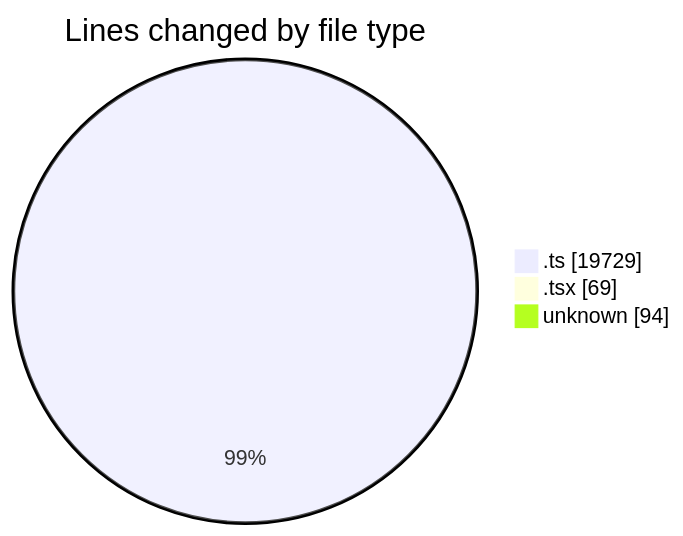
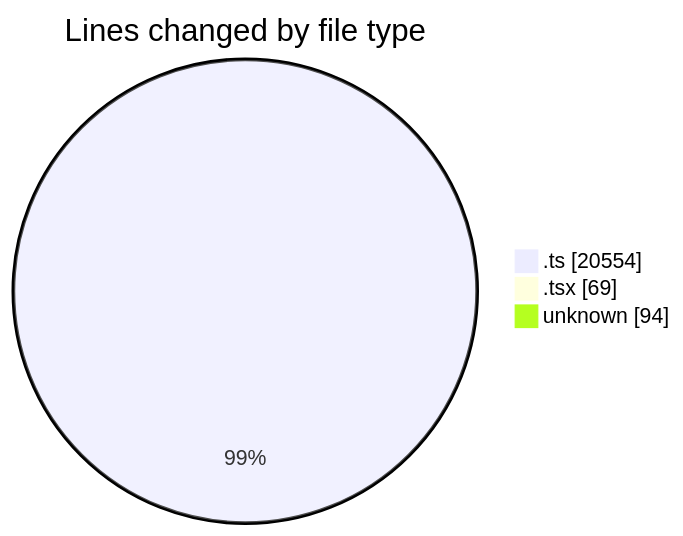
One commit to momahboobian/code-tracking changed the first of 2 diagrams in 2025-09-11/cda/README.md. Above: the diagram before and after it, drawn with Mermaid. The commit also changed other lines of this file and 1 other file, not shown here.

````diff
--- a/2025-09-11/cda/README.md
+++ b/2025-09-11/cda/README.md
@@ -30,7 +30,7 @@
 ```mermaid
 pie showData
 title Lines changed by file type
-".ts" : 19729
+".ts" : 20554
 ".tsx" : 69
 "unknown" : 94
 ```
````
